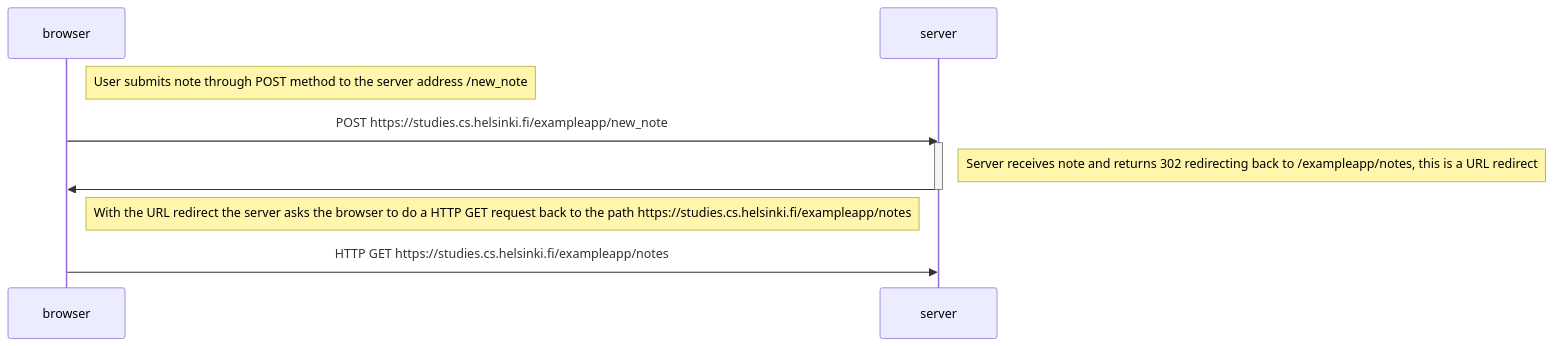
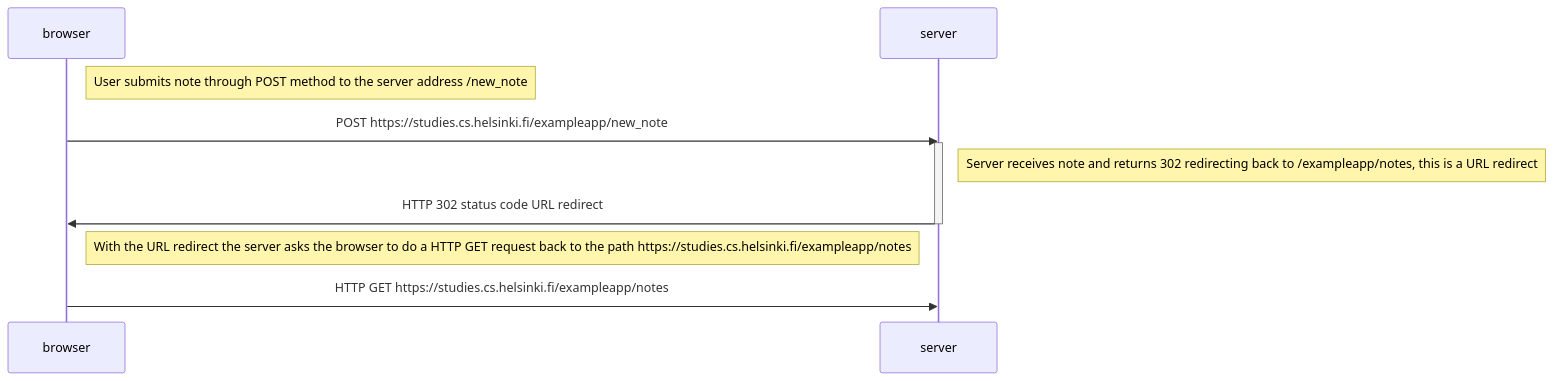
The diagram in part0/new_note_04.md (Otxobot/FullstackOpenUniversity), drawn with Mermaid before and after one commit.

````diff
--- a/part0/new_note_04.md
+++ b/part0/new_note_04.md
@@ -1,19 +1,19 @@
 ```mermaid
     sequenceDiagram
         participant browser
         participant server
 
         Note right of browser: User submits note through POST method to the server address /new_note
         browser->>server: POST https://studies.cs.helsinki.fi/exampleapp/new_note
         activate server
         Note right of server: Server receives note and returns 302 redirecting back to /exampleapp/notes, this is a URL redirect
-        server->>browser:
+        server->>browser: HTTP 302 status code URL redirect
         deactivate server
 
         Note right of browser: With the URL redirect the server asks the browser to do a HTTP GET request back to the path https://studies.cs.helsinki.fi/exampleapp/notes
         browser->>server: HTTP GET https://studies.cs.helsinki.fi/exampleapp/notes
         
 
         
         
 ```
````
